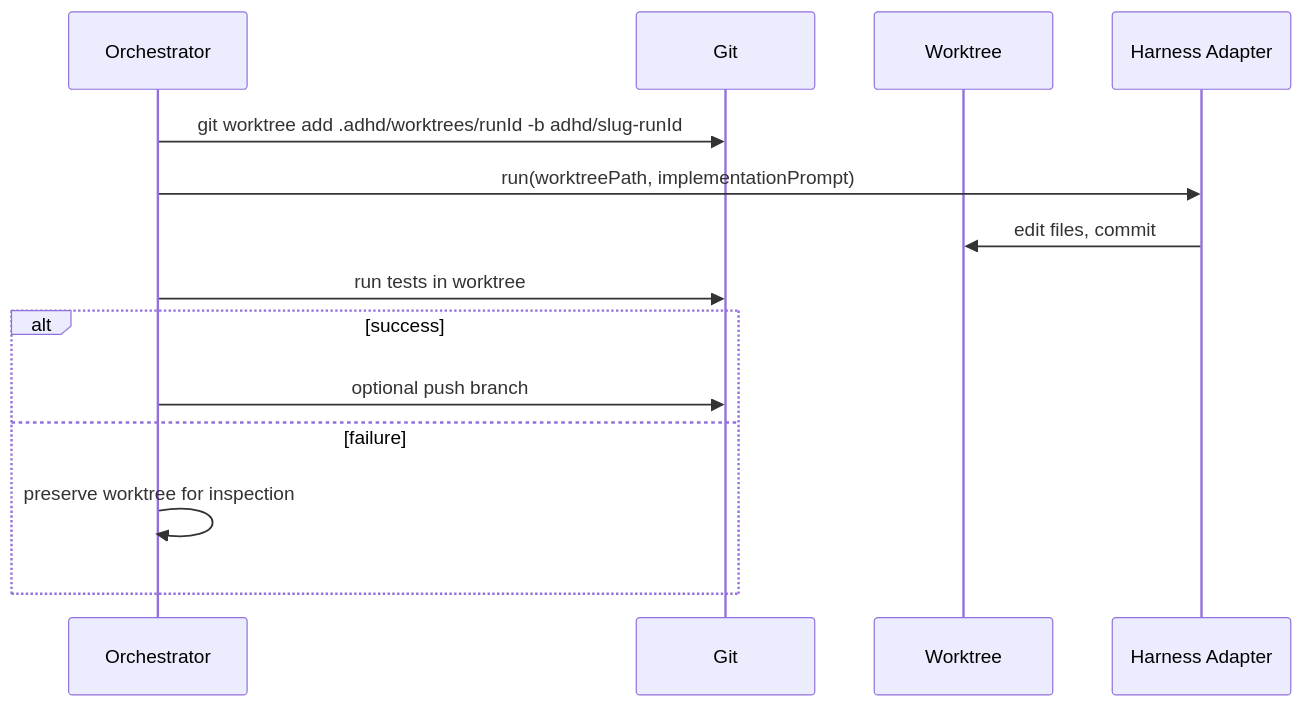
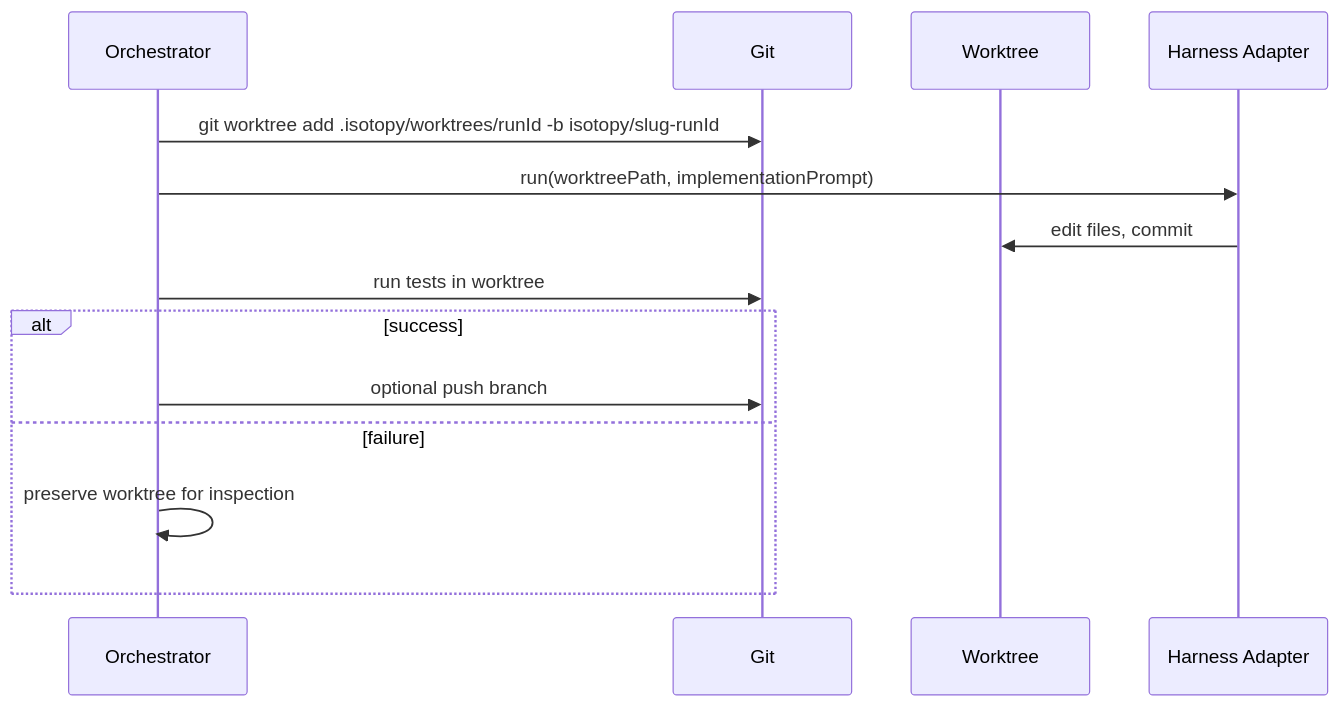
Before and after one commit to smekai/isotopy: the second of 4 diagrams in docs/architecture.md, drawn with Mermaid. The commit also changed other lines of this file and 54 other files, not shown here.

````diff
--- a/docs/architecture.md
+++ b/docs/architecture.md
@@ -877,17 +877,17 @@
 ```mermaid
 sequenceDiagram
     participant Orch as Orchestrator
     participant Git as Git
     participant WT as Worktree
     participant Harness as Harness Adapter
 
-    Orch->>Git: git worktree add .adhd/worktrees/runId -b adhd/slug-runId
+    Orch->>Git: git worktree add .isotopy/worktrees/runId -b isotopy/slug-runId
     Orch->>Harness: run(worktreePath, implementationPrompt)
     Harness->>WT: edit files, commit
     Orch->>Git: run tests in worktree
     alt success
         Orch->>Git: optional push branch
     else failure
         Orch->>Orch: preserve worktree for inspection
     end
 ```
````
